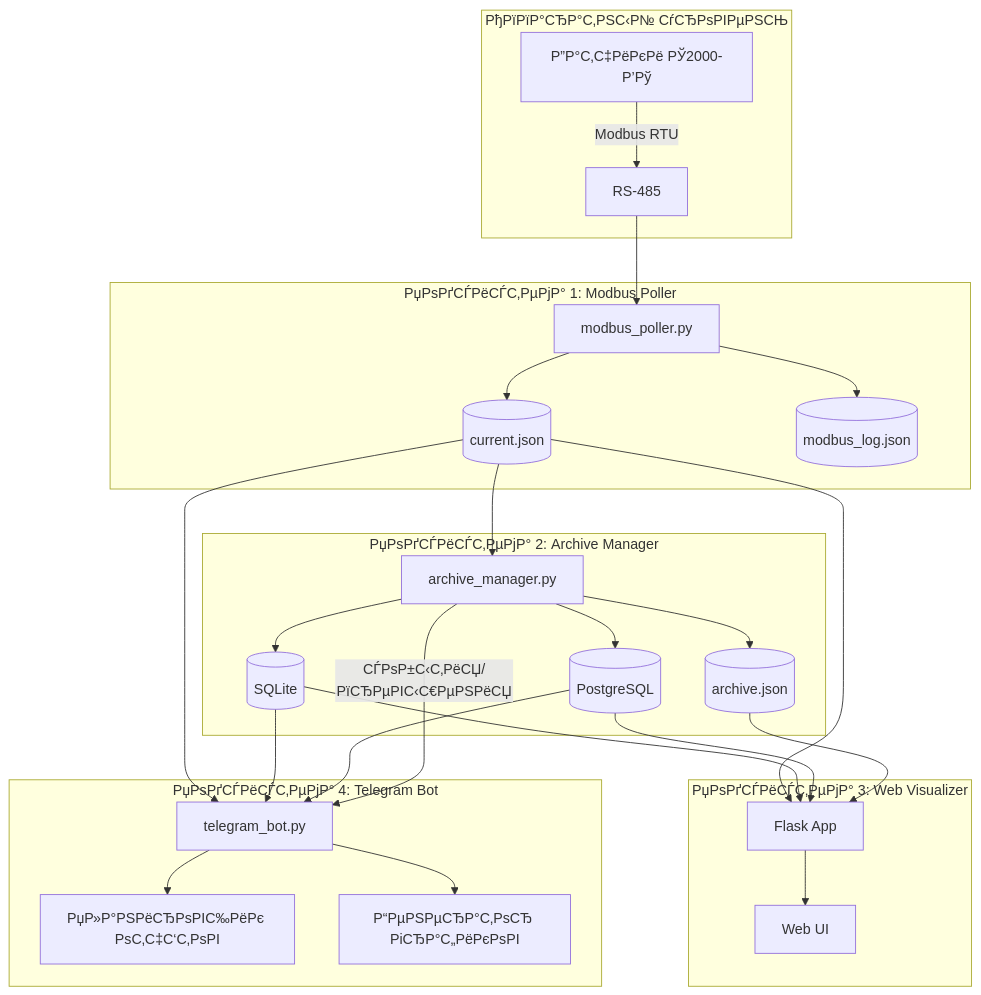
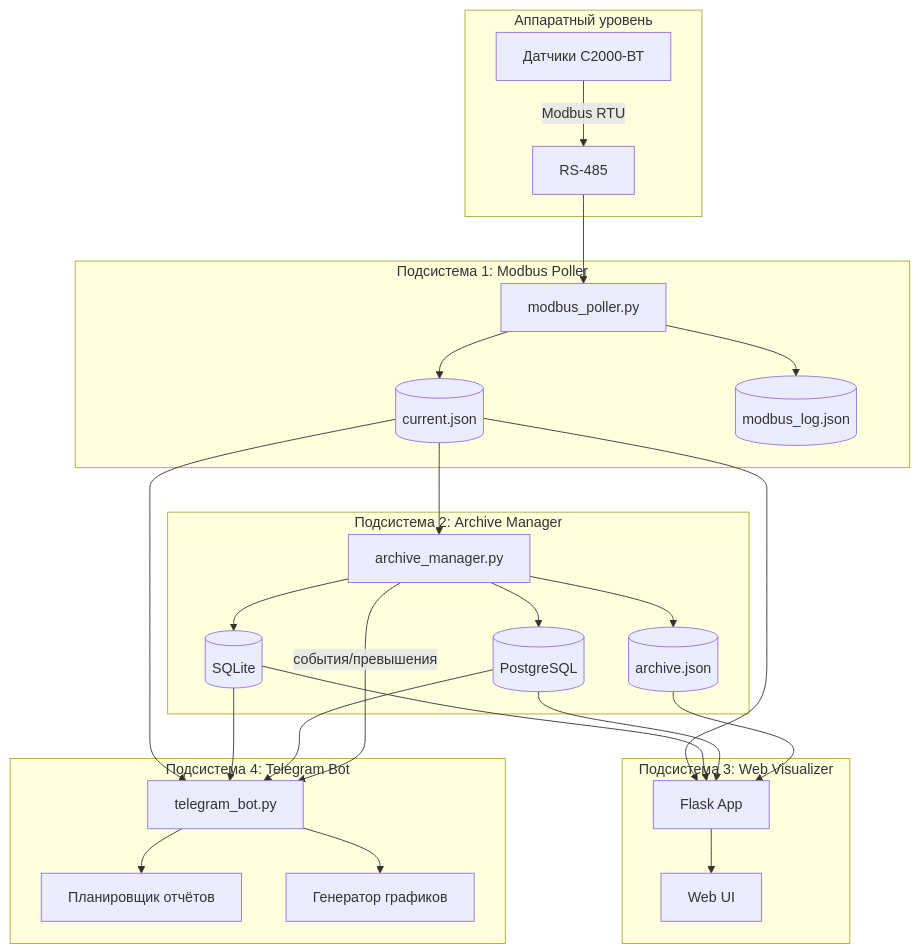
One commit to goreliy/KVT-C changed the first of 3 diagrams in Общее ТЗ на систему КВТ С.md. Above: the diagram before and after it, drawn with Mermaid. The commit also changed other lines of this file and 13 other files, not shown here.

````diff
--- a/Общее ТЗ на систему КВТ С.md
+++ b/Общее ТЗ на систему КВТ С.md
@@ -62,54 +62,54 @@
 ```mermaid
 flowchart TB
-    subgraph hardware [РђРїРїР°СЂР°С‚РЅС‹Р№ СѓСЂРѕРІРµРЅСЊ]
-        sensors[Р”Р°С‚С‡РёРєРё РЎ2000-Р’Рў]
+    subgraph hardware [Аппаратный уровень]
+        sensors[Датчики С2000-ВТ]
         rs485[RS-485]
     end
     
-    subgraph poller [РџРѕРґСЃРёСЃС‚РµРјР° 1: Modbus Poller]
+    subgraph poller [Подсистема 1: Modbus Poller]
         modbus_service[modbus_poller.py]
         current_json[(current.json)]
         modbus_log[(modbus_log.json)]
     end
     
-    subgraph archiver [РџРѕРґСЃРёСЃС‚РµРјР° 2: Archive Manager]
+    subgraph archiver [Подсистема 2: Archive Manager]
         archive_service[archive_manager.py]
         sqlite_db[(SQLite)]
         postgres_db[(PostgreSQL)]
         json_archive[(archive.json)]
     end
     
-    subgraph visualizer [РџРѕРґСЃРёСЃС‚РµРјР° 3: Web Visualizer]
+    subgraph visualizer [Подсистема 3: Web Visualizer]
         flask_app[Flask App]
         web_ui[Web UI]
     end
     
-    subgraph telegram_bot [РџРѕРґСЃРёСЃС‚РµРјР° 4: Telegram Bot]
+    subgraph telegram_bot [Подсистема 4: Telegram Bot]
         bot_service[telegram_bot.py]
-        scheduler[РџР»Р°РЅРёСЂРѕРІС‰РёРє РѕС‚С‡С‘С‚РѕРІ]
-        chart_gen[Р“РµРЅРµСЂР°С‚РѕСЂ РіСЂР°С„РёРєРѕРІ]
+        scheduler[Планировщик отчётов]
+        chart_gen[Генератор графиков]
     end
     
     sensors -->|Modbus RTU| rs485
     rs485 --> modbus_service
     modbus_service --> current_json
     modbus_service --> modbus_log
     
     current_json --> archive_service
     archive_service --> sqlite_db
     archive_service --> postgres_db
     archive_service --> json_archive
     
     current_json --> flask_app
     sqlite_db --> flask_app
     postgres_db --> flask_app
     json_archive --> flask_app
     flask_app --> web_ui
     
     current_json --> bot_service
     sqlite_db --> bot_service
     postgres_db --> bot_service
     bot_service --> scheduler
     bot_service --> chart_gen
-    archive_service -->|СЃРѕР±С‹С‚РёСЏ/РїСЂРµРІС‹С€РµРЅРёСЏ| bot_service
+    archive_service -->|события/превышения| bot_service
 ```
````
